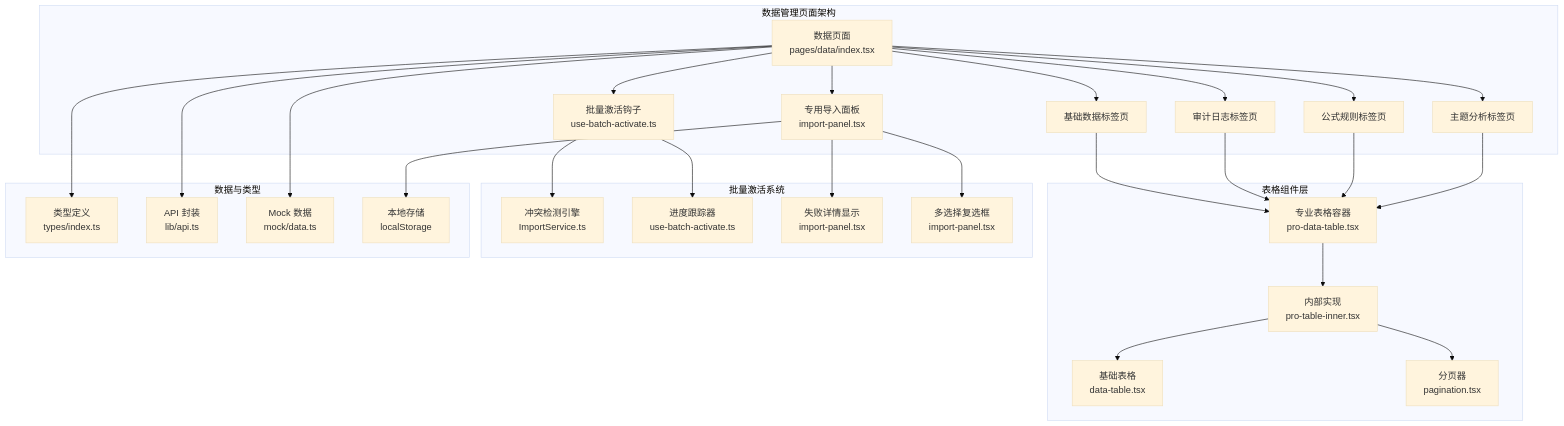
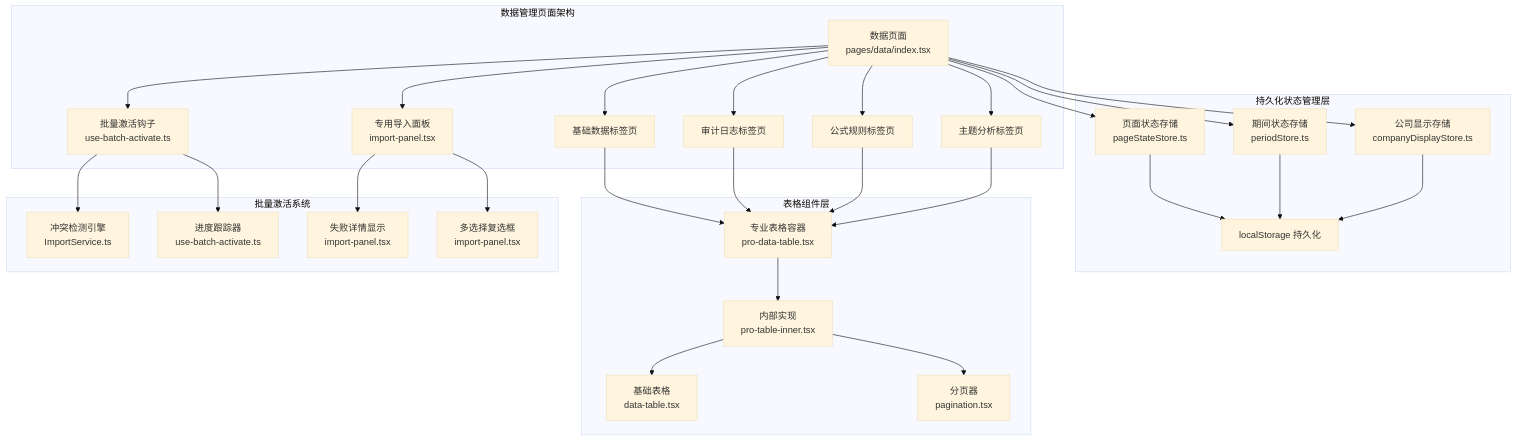
Before and after one commit to Damao997/newproject: the first of 5 diagrams in .qoder/repowiki/zh/content/页面组件/数据管理页面/数据管理页面.md, drawn with Mermaid (base theme). The commit also changed other lines of this file and 22 other files, not shown here.

````diff
--- a/.qoder/repowiki/zh/content/页面组件/数据管理页面/数据管理页面.md
+++ b/.qoder/repowiki/zh/content/页面组件/数据管理页面/数据管理页面.md
@@ -59,51 +66,53 @@
 ```mermaid
 graph TB
+subgraph "持久化状态管理层"
+PageStore["页面状态存储<br/>pageStateStore.ts"]
+PeriodStore["期间状态存储<br/>periodStore.ts"]
+CompanyStore["公司显示存储<br/>companyDisplayStore.ts"]
+LocalStorage["localStorage 持久化"]
+end
 subgraph "数据管理页面架构"
 DataPage["数据页面<br/>pages/data/index.tsx"]
 ImportPanel["专用导入面板<br/>import-panel.tsx"]
 BatchHook["批量激活钩子<br/>use-batch-activate.ts"]
 Tab1["基础数据标签页"]
 Tab2["审计日志标签页"]
 Tab3["公式规则标签页"]
 Tab4["主题分析标签页"]
 end
 subgraph "表格组件层"
 DataTable["基础表格<br/>data-table.tsx"]
 ProTable["专业表格容器<br/>pro-data-table.tsx"]
 Inner["内部实现<br/>pro-table-inner.tsx"]
 Pagination["分页器<br/>pagination.tsx"]
 end
 subgraph "批量激活系统"
 ConflictEngine["冲突检测引擎<br/>ImportService.ts"]
 ProgressTracker["进度跟踪器<br/>use-batch-activate.ts"]
 FailureDisplay["失败详情显示<br/>import-panel.tsx"]
 MultiSelect["多选择复选框<br/>import-panel.tsx"]
 end
-subgraph "数据与类型"
-Types["类型定义<br/>types/index.ts"]
-Api["API 封装<br/>lib/api.ts"]
-Mock["Mock 数据<br/>mock/data.ts"]
-LocalStorage["本地存储<br/>localStorage"]
-end
+PageStore --> LocalStorage
+PeriodStore --> LocalStorage
+CompanyStore --> LocalStorage
+DataPage --> PageStore
+DataPage --> PeriodStore
+DataPage --> CompanyStore
 DataPage --> ImportPanel
 DataPage --> BatchHook
 DataPage --> Tab1
 DataPage --> Tab2
 DataPage --> Tab3
 DataPage --> Tab4
 ImportPanel --> MultiSelect
 ImportPanel --> FailureDisplay
 BatchHook --> ProgressTracker
 BatchHook --> ConflictEngine
-ImportPanel --> LocalStorage
 Tab1 --> ProTable
 Tab2 --> ProTable
 Tab3 --> ProTable
 Tab4 --> ProTable
 ProTable --> Inner
 Inner --> DataTable
 Inner --> Pagination
-DataPage --> Api
-DataPage --> Types
-DataPage --> Mock
 ```
````
